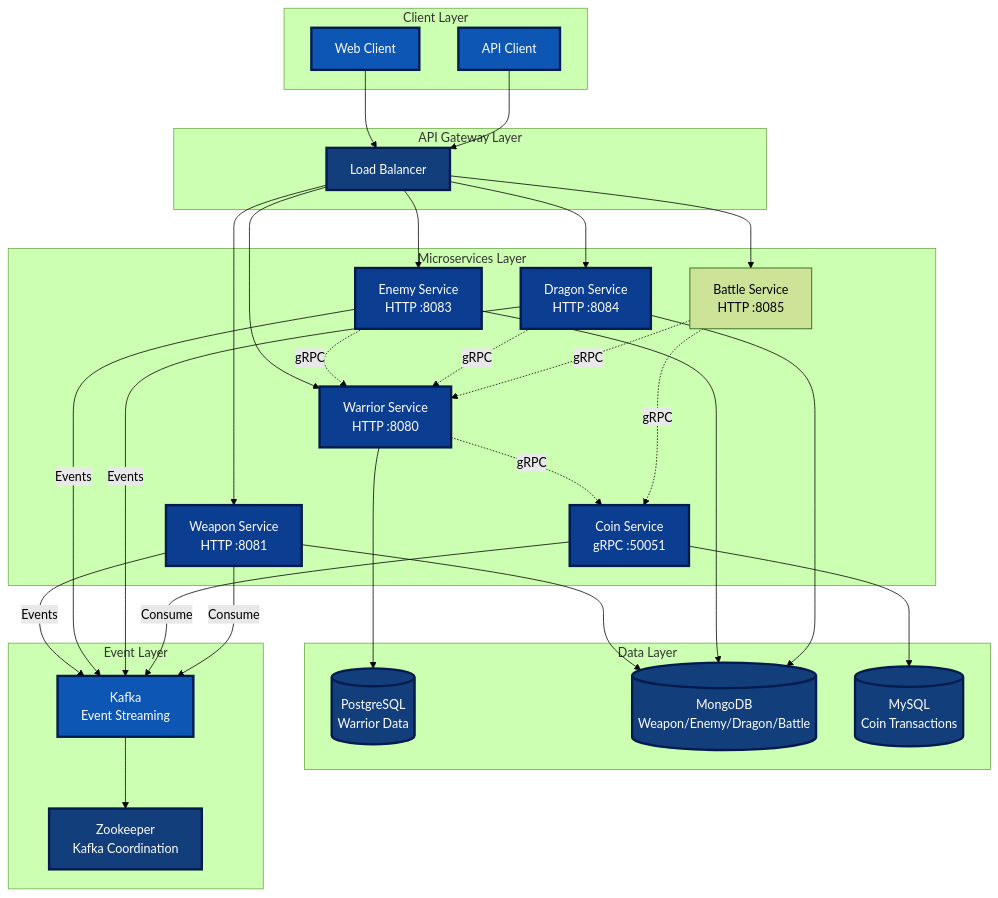
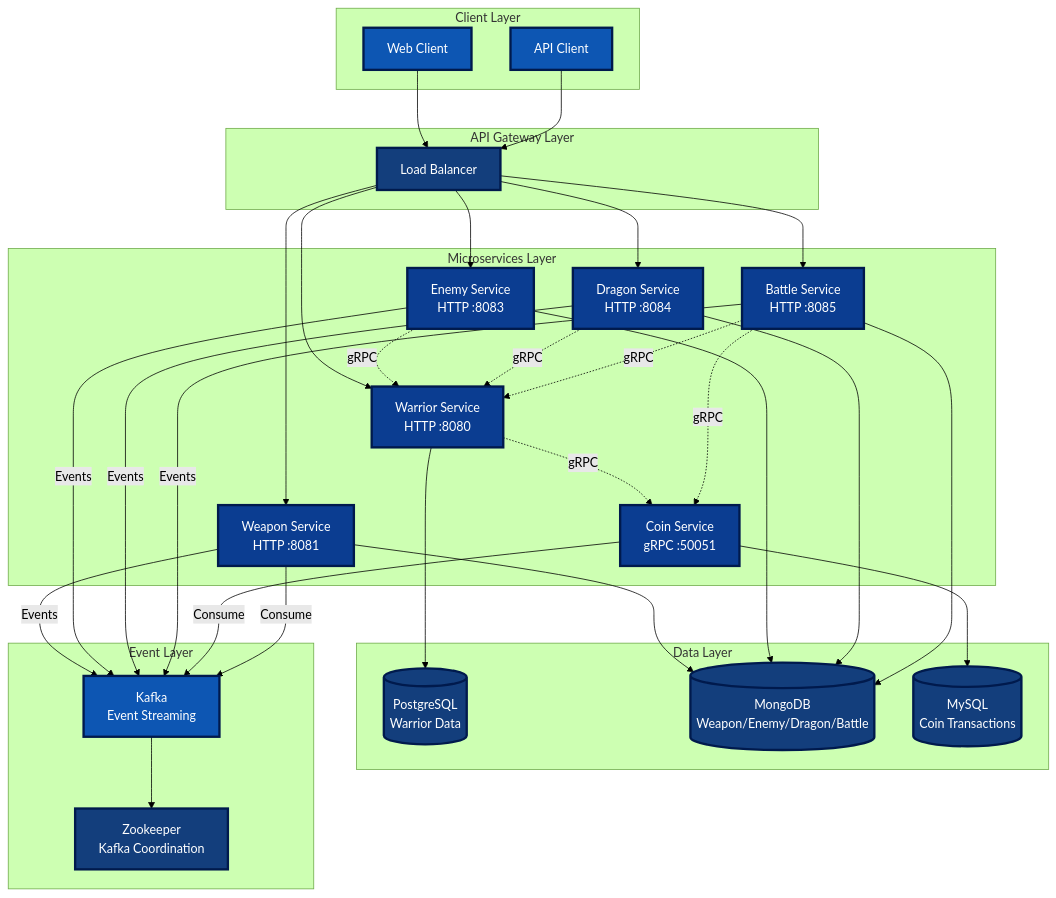
Before and after one commit to tiraten-bot/network-sec-micro: the first of 12 diagrams in README.md, drawn with Mermaid (forest theme).

Commit message:
Update README to include 'Battle' interactions in architecture diagram, enhancing clarity and completeness of service relationships.

````diff
--- a/README.md
+++ b/README.md
@@ -7,73 +7,76 @@
 ```mermaid
 graph TB
     subgraph "Client Layer"
         WEB[Web Client]
         API[API Client]
     end
     
     subgraph "API Gateway Layer"
         LB[Load Balancer]
     end
     
     subgraph "Microservices Layer"
         W[Warrior Service<br/>HTTP :8080]
         WP[Weapon Service<br/>HTTP :8081]
         C[Coin Service<br/>gRPC :50051]
         E[Enemy Service<br/>HTTP :8083]
         D[Dragon Service<br/>HTTP :8084]
         B[Battle Service<br/>HTTP :8085]
     end
     
     subgraph "Data Layer"
         PG[(PostgreSQL<br/>Warrior Data)]
         MG[(MongoDB<br/>Weapon/Enemy/Dragon/Battle)]
         MY[(MySQL<br/>Coin Transactions)]
     end
     
     subgraph "Event Layer"
         K[Kafka<br/>Event Streaming]
         Z[Zookeeper<br/>Kafka Coordination]
     end
     
     WEB --> LB
     API --> LB
     LB --> W
     LB --> WP
     LB --> E
     LB --> D
     LB --> B
     
     W -.->|gRPC| C
     E -.->|gRPC| W
     D -.->|gRPC| W
     B -.->|gRPC| W
     B -.->|gRPC| C
     
     W --> PG
     WP --> MG
     E --> MG
     D --> MG
+    B --> MG
     C --> MY
     
     WP -->|Events| K
     E -->|Events| K
     D -->|Events| K
+    B -->|Events| K
     C -->|Consume| K
     WP -->|Consume| K
     
     K --> Z
     
     style WEB fill:#0d56b3,stroke:#001a4d,stroke-width:3px,color:#ffffff
     style API fill:#0d56b3,stroke:#001a4d,stroke-width:3px,color:#ffffff
     style LB fill:#133e7c,stroke:#001a4d,stroke-width:3px,color:#ffffff
     style W fill:#0b3d91,stroke:#001a4d,stroke-width:3px,color:#ffffff
     style WP fill:#0b3d91,stroke:#001a4d,stroke-width:3px,color:#ffffff
     style C fill:#0b3d91,stroke:#001a4d,stroke-width:3px,color:#ffffff
     style E fill:#0b3d91,stroke:#001a4d,stroke-width:3px,color:#ffffff
     style D fill:#0b3d91,stroke:#001a4d,stroke-width:3px,color:#ffffff
+    style B fill:#0b3d91,stroke:#001a4d,stroke-width:3px,color:#ffffff
     style PG fill:#133e7c,stroke:#001a4d,stroke-width:3px,color:#ffffff
     style MG fill:#133e7c,stroke:#001a4d,stroke-width:3px,color:#ffffff
     style MY fill:#133e7c,stroke:#001a4d,stroke-width:3px,color:#ffffff
     style K fill:#0d56b3,stroke:#001a4d,stroke-width:3px,color:#ffffff
     style Z fill:#133e7c,stroke:#001a4d,stroke-width:3px,color:#ffffff
 ```
````
